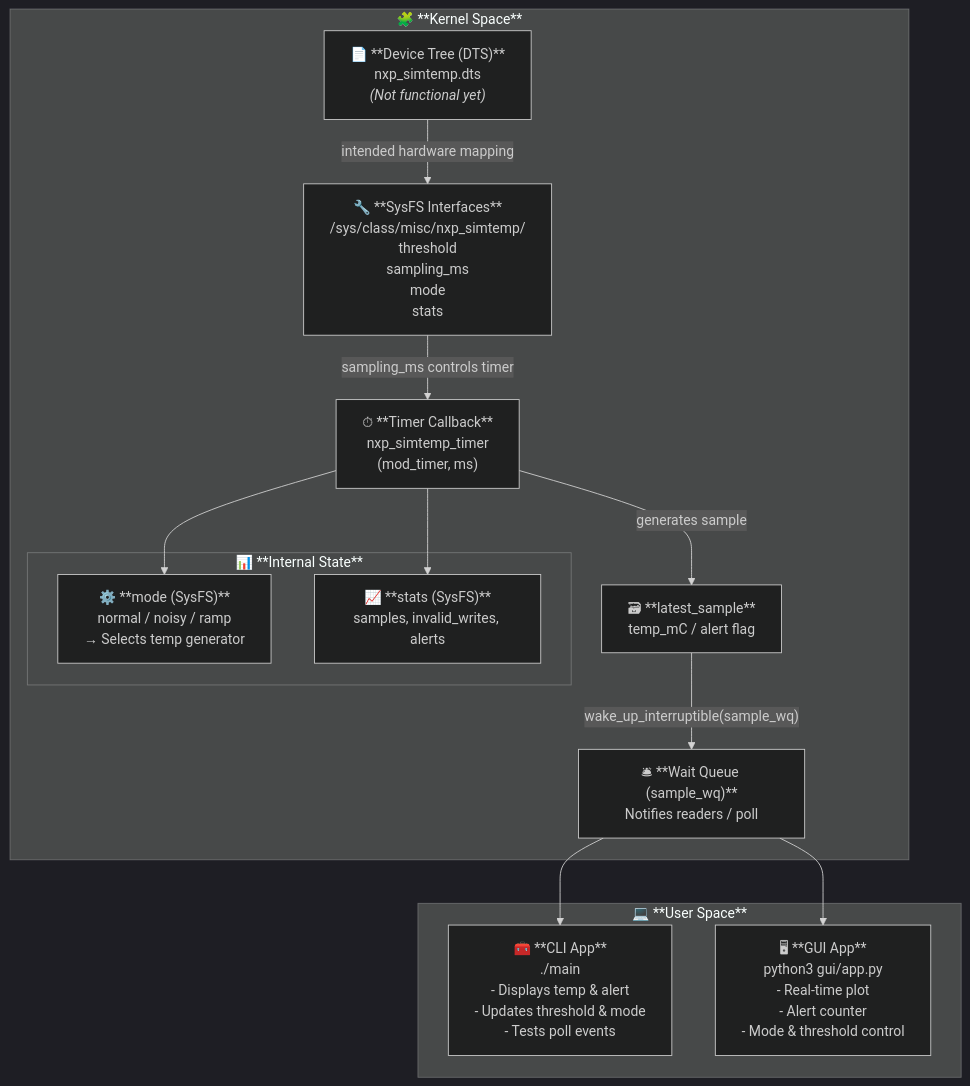
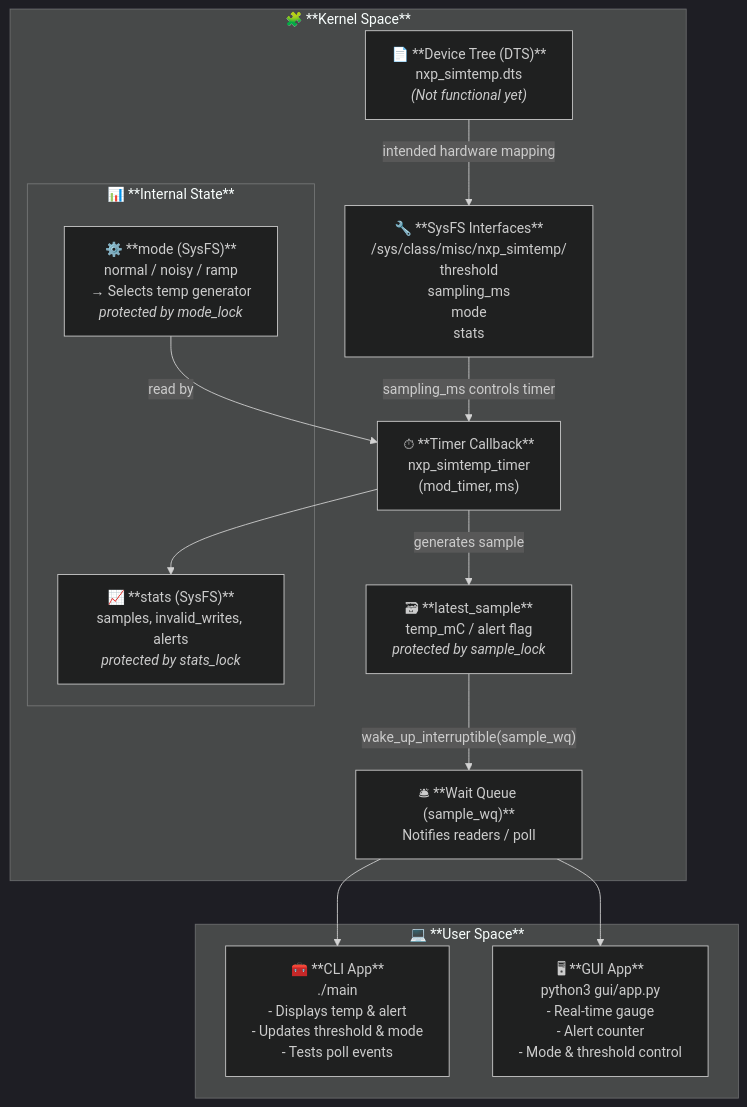
The first of 2 diagrams in docs/DESIGN.md (DarioGarciaPr/NXP_simtemp), drawn with Mermaid (dark theme) before and after one commit.

Commit message:
Enhance DESIGN.md with locking information
Updated design documentation to include protection details for sample, mode, and stats.

````diff
--- a/docs/DESIGN.md
+++ b/docs/DESIGN.md
@@ -7,36 +7,36 @@
 ```mermaid
 flowchart TD
     subgraph Kernel_Space["🧩 **Kernel Space**"]
         F["📄 **Device Tree (DTS)**<br>nxp_simtemp.dts<br><i>(Not functional yet)</i>"] 
             -->|intended hardware mapping| A["🔧 **SysFS Interfaces**<br>/sys/class/misc/nxp_simtemp/<br>threshold<br>sampling_ms<br>mode<br>stats"]
 
         A -->|sampling_ms controls timer| B["⏱ **Timer Callback**<br>nxp_simtemp_timer<br>(mod_timer, ms)"]
-        B -->|generates sample| C["🗃 **latest_sample**<br>temp_mC / alert flag"]
+        B -->|generates sample| C["🗃 **latest_sample**<br>temp_mC / alert flag<br><i>protected by sample_lock</i>"]
         C -->|"wake_up_interruptible(sample_wq)"| D["🛎 **Wait Queue (sample_wq)**<br>Notifies readers / poll"]
 
         subgraph Extra_Features["📊 **Internal State**"]
-            M["⚙️ **mode (SysFS)**<br>normal / noisy / ramp<br>→ Selects temp generator"]
-            S["📈 **stats (SysFS)**<br>samples, invalid_writes, alerts"]
+            M["⚙️ **mode (SysFS)**<br>normal / noisy / ramp<br>→ Selects temp generator<br><i>protected by mode_lock</i>"]
+            S["📈 **stats (SysFS)**<br>samples, invalid_writes, alerts<br><i>protected by stats_lock</i>"]
         end
 
-        B --> M
+        M -->|read by| B
         B --> S
     end
 
     subgraph User_Space["💻 **User Space**"]
         D --> E1["🧰 **CLI App**<br>./main<br>- Displays temp & alert<br>- Updates threshold & mode<br>- Tests poll events"]
-        D --> E2["🖥 **GUI App**<br>python3 gui/app.py<br>- Real-time plot<br>- Alert counter<br>- Mode & threshold control"]
+        D --> E2["🖥 **GUI App**<br>python3 gui/app.py<br>- Real-time gauge<br>- Alert counter<br>- Mode & threshold control"]
     end
 
     class F dts;
     class A sysfs;
     class B timer;
     class C sample;
     class D queue;
     class M mode;
     class S stats;
     class E1,E2 app;
     class Kernel_Space kernelSpace;
     class User_Space userSpace;
 
 ```
````
